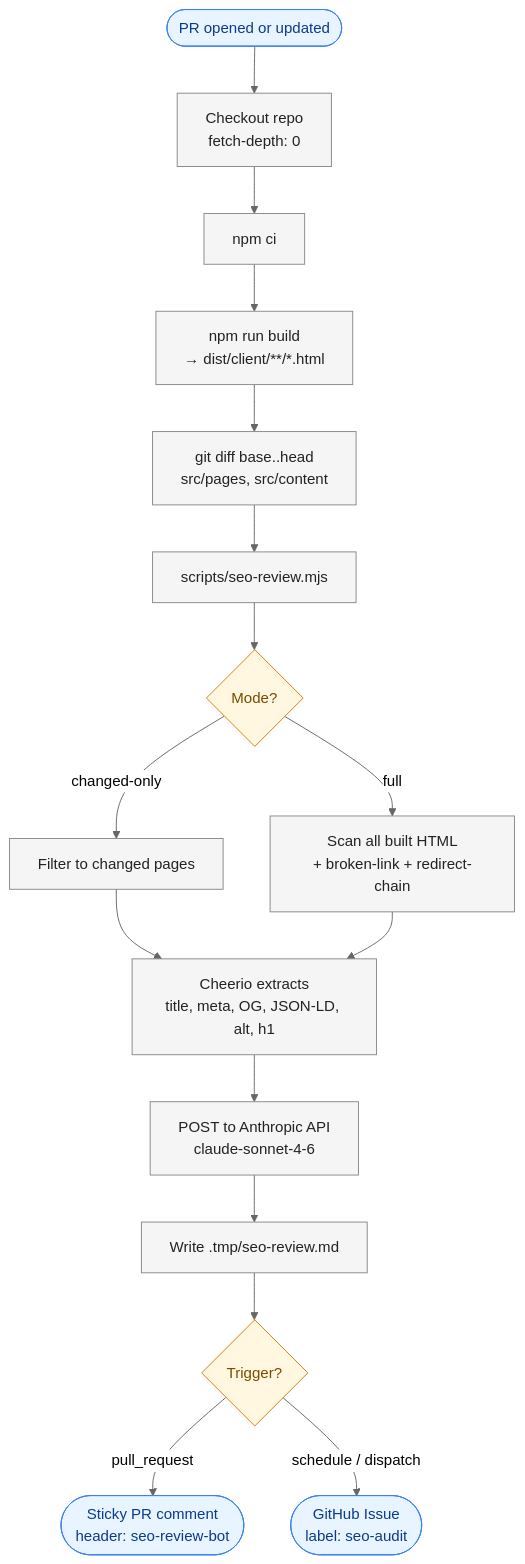
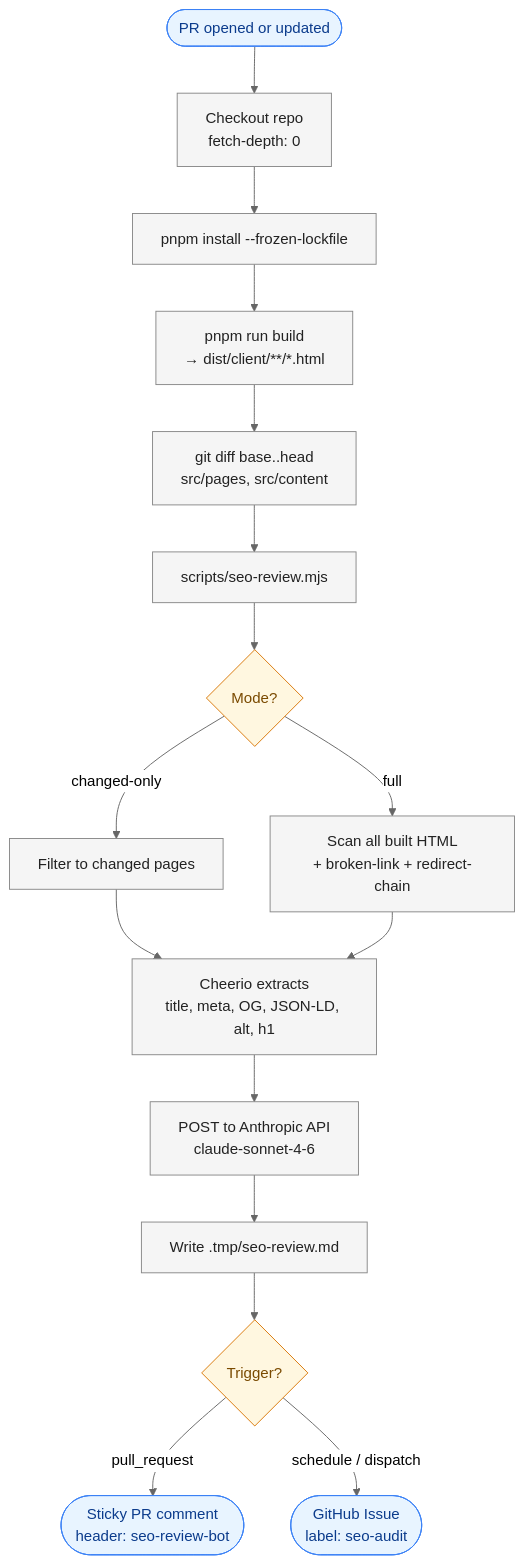
One commit to datum-cloud/datum.net changed the first of 2 diagrams in docs/SEO_REVIEW_WORKFLOW.md. Above: the diagram before and after it, drawn with Mermaid (neutral theme). The commit also changed other lines of this file and 28 other files, not shown here.

First line of the commit message:
build(deps): install with pnpm 12

````diff
--- a/docs/SEO_REVIEW_WORKFLOW.md
+++ b/docs/SEO_REVIEW_WORKFLOW.md
@@ -19,25 +19,25 @@
 ```mermaid
 flowchart TD
     A([PR opened or updated]) --> B[Checkout repo<br/>fetch-depth: 0]
-    B --> C[npm ci]
-    C --> D[npm run build<br/>→ dist/client/**/*.html]
+    B --> C[pnpm install --frozen-lockfile]
+    C --> D[pnpm run build<br/>→ dist/client/**/*.html]
     D --> E[git diff base..head<br/>src/pages, src/content]
     E --> F[scripts/seo-review.mjs]
     F --> G{Mode?}
     G -->|changed-only| H[Filter to changed pages]
     G -->|full| I[Scan all built HTML<br/>+ broken-link + redirect-chain]
     H --> J[Cheerio extracts<br/>title, meta, OG, JSON-LD, alt, h1]
     I --> J
     J --> K[POST to Anthropic API<br/>claude-sonnet-4-6]
     K --> L[Write .tmp/seo-review.md]
     L --> M{Trigger?}
     M -->|pull_request| N([Sticky PR comment<br/>header: seo-review-bot])
     M -->|schedule / dispatch| O([GitHub Issue<br/>label: seo-audit])
 
     classDef io fill:#e8f4ff,stroke:#3b82f6,color:#0b3b8c;
     classDef step fill:#f5f5f5,stroke:#888,color:#222;
     classDef decision fill:#fff7e0,stroke:#d97706,color:#7a4a00;
     class A,N,O io;
     class G,M decision;
     class B,C,D,E,F,H,I,J,K,L step;
 ```
````
